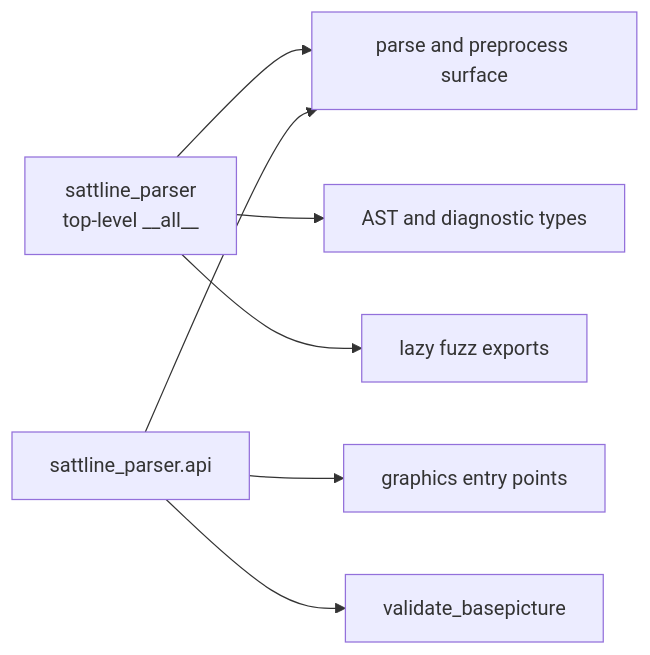
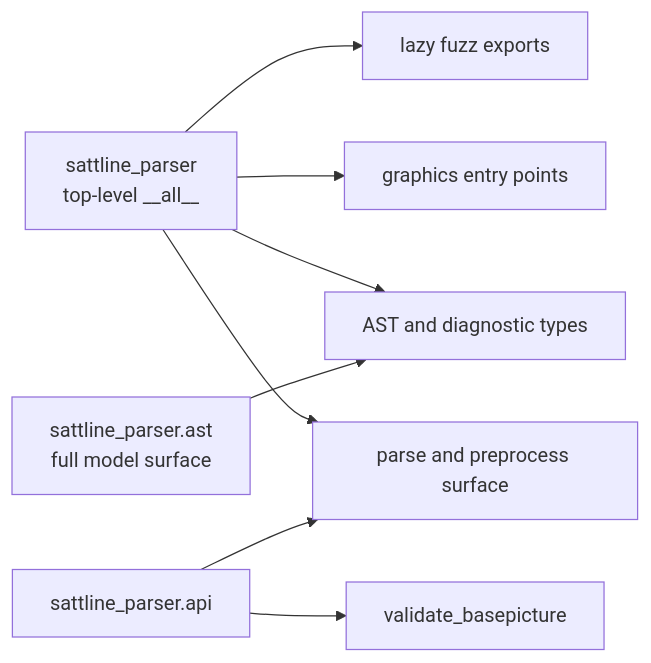
Before and after one commit to SorenHJohansen/sattline-parser: the diagram in docs/api.md, drawn with Mermaid. The commit also changed other lines of this file and 22 other files, not shown here.

First line of the commit message:
feat(ast)!: publish the model as sattline_parser.ast

````diff
--- a/docs/api.md
+++ b/docs/api.md
@@ -12,9 +13,10 @@
 ```mermaid
 flowchart LR
     TOP["sattline_parser<br/>top-level __all__"] --> CORE["parse and preprocess surface"]
     TOP --> TYPES["AST and diagnostic types"]
+    TOP --> GRAPH["graphics entry points"]
     TOP --> FUZZ["lazy fuzz exports"]
+    AST["sattline_parser.ast<br/>full model surface"] --> TYPES
     FAÇADE["sattline_parser.api"] --> CORE
-    FAÇADE --> GRAPH["graphics entry points"]
     FAÇADE --> VALID["validate_basepicture"]
 ```
````
